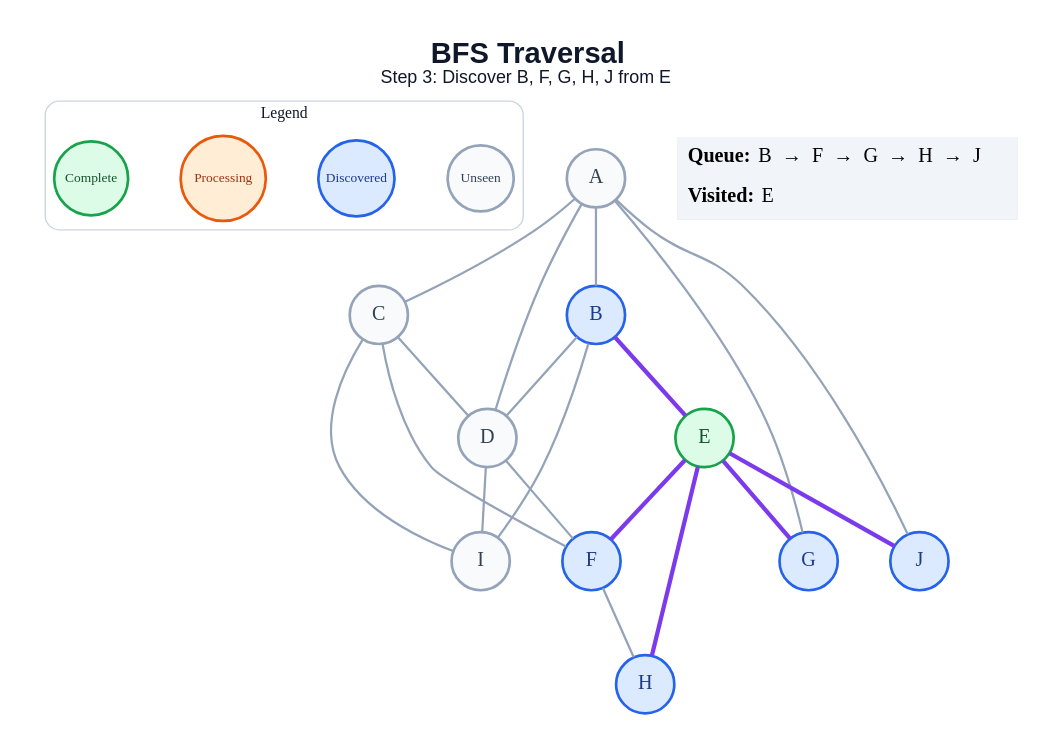
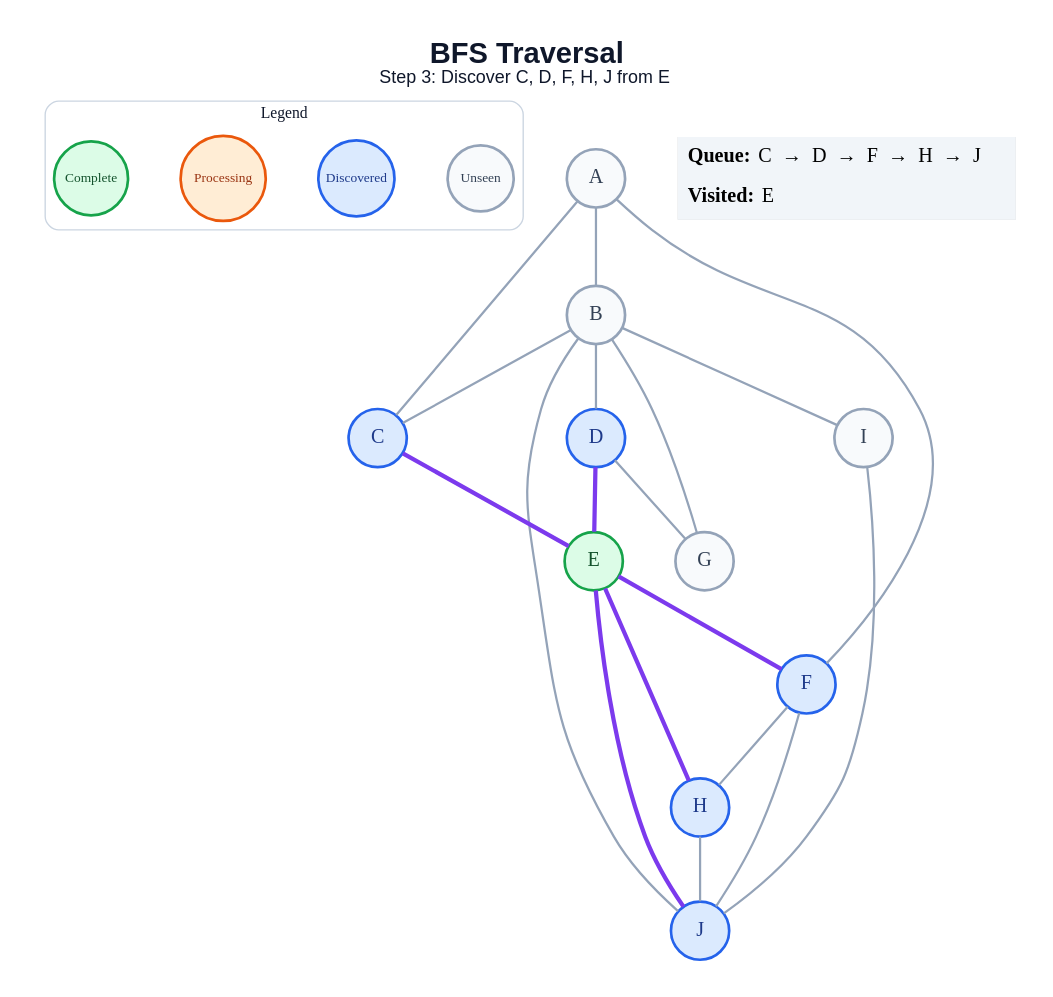
The diagram in generated/specific-node/bfs/step_03.dot (amanghodawala9/ai-slop), drawn with Graphviz before and after one commit. The commit also changed 178 other files, not shown here.

```diff
--- a/generated/specific-node/bfs/step_03.dot
+++ b/generated/specific-node/bfs/step_03.dot
@@ -1,47 +1,47 @@
 graph traversal {
   graph [layout=dot, rankdir=TB, bgcolor="#FFFFFF", pad="0.35", nodesep="0.65", ranksep="0.8", fontname="Arial"];
   node [shape=circle, style="filled", fontname="Arial Bold", fontsize=18, width=0.72, fixedsize=true, penwidth=2.4];
   edge [color="#94A3B8", penwidth=2.0];
-  label=<<B>BFS Traversal</B><BR/><FONT POINT-SIZE="16">Step 3: Discover B, F, G, H, J from E</FONT>>; labelloc="t"; fontsize=26; fontname="Arial"; fontcolor="#0F172A";
+  label=<<B>BFS Traversal</B><BR/><FONT POINT-SIZE="16">Step 3: Discover C, D, F, H, J from E</FONT>>; labelloc="t"; fontsize=26; fontname="Arial"; fontcolor="#0F172A";
   subgraph cluster_legend { label="Legend"; color="#CBD5E1"; penwidth=1.2; style="rounded"; fontsize=14; fontname="Arial Bold";
     key_unseen [label="Unseen", fillcolor="#F8FAFC", color="#94A3B8", fontcolor="#334155", fontsize=12, width=0.82];
     key_frontier [label="Discovered", fillcolor="#DBEAFE", color="#2563EB", fontcolor="#1E3A8A", fontsize=12, width=0.95];
     key_current [label="Processing", fillcolor="#FFEDD5", color="#EA580C", fontcolor="#9A3412", fontsize=12, width=1.05];
     key_done [label="Complete", fillcolor="#DCFCE7", color="#16A34A", fontcolor="#14532D", fontsize=12, width=0.92];
     { rank=same; key_unseen; key_frontier; key_current; key_done; }
   }
   A [fillcolor="#F8FAFC", color="#94A3B8", fontcolor="#334155"];
-  B [fillcolor="#DBEAFE", color="#2563EB", fontcolor="#1E3A8A"];
-  C [fillcolor="#F8FAFC", color="#94A3B8", fontcolor="#334155"];
-  D [fillcolor="#F8FAFC", color="#94A3B8", fontcolor="#334155"];
+  B [fillcolor="#F8FAFC", color="#94A3B8", fontcolor="#334155"];
+  C [fillcolor="#DBEAFE", color="#2563EB", fontcolor="#1E3A8A"];
+  D [fillcolor="#DBEAFE", color="#2563EB", fontcolor="#1E3A8A"];
   E [fillcolor="#DCFCE7", color="#16A34A", fontcolor="#14532D"];
   F [fillcolor="#DBEAFE", color="#2563EB", fontcolor="#1E3A8A"];
-  G [fillcolor="#DBEAFE", color="#2563EB", fontcolor="#1E3A8A"];
+  G [fillcolor="#F8FAFC", color="#94A3B8", fontcolor="#334155"];
   H [fillcolor="#DBEAFE", color="#2563EB", fontcolor="#1E3A8A"];
   I [fillcolor="#F8FAFC", color="#94A3B8", fontcolor="#334155"];
   J [fillcolor="#DBEAFE", color="#2563EB", fontcolor="#1E3A8A"];
   A -- B;
   A -- C;
-  A -- D;
-  A -- G;
-  A -- J;
+  A -- F;
+  B -- C;
   B -- D;
-  B -- E [color="#7C3AED", penwidth=3.8];
+  B -- G;
   B -- I;
-  C -- D;
-  C -- F;
-  C -- I;
-  D -- F;
-  D -- I;
+  B -- J;
+  C -- E [color="#7C3AED", penwidth=3.8];
+  D -- E [color="#7C3AED", penwidth=3.8];
+  D -- G;
   E -- F [color="#7C3AED", penwidth=3.8];
-  E -- G [color="#7C3AED", penwidth=3.8];
   E -- H [color="#7C3AED", penwidth=3.8];
   E -- J [color="#7C3AED", penwidth=3.8];
   F -- H;
+  F -- J;
+  H -- J;
+  I -- J;
   status [shape=plain, fixedsize=false, width=0, height=0, margin=0, label=<
     <TABLE BORDER="0" CELLBORDER="0" CELLPADDING="7" BGCOLOR="#F1F5F9">
-      <TR><TD ALIGN="LEFT"><B>Queue:</B> B  →  F  →  G  →  H  →  J</TD></TR>
+      <TR><TD ALIGN="LEFT"><B>Queue:</B> C  →  D  →  F  →  H  →  J</TD></TR>
       <TR><TD ALIGN="LEFT"><B>Visited:</B> E</TD></TR>
     </TABLE>
   >];
 }
```
